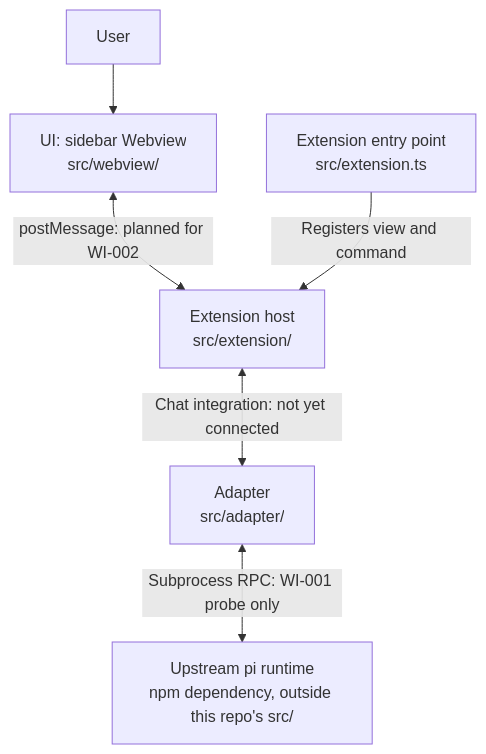
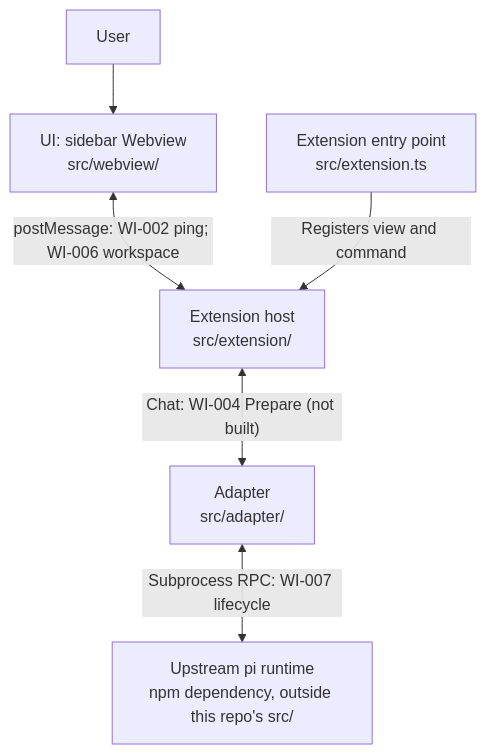
The diagram in docs/architecture/vscode-extension-architecture.md (Hex4C59/pi-vscode), drawn with Mermaid before and after one commit. The commit also changed other lines of this file and 29 other files, not shown here.

First line of the commit message:
feat(chat): deliver WI-004 minimal RPC streaming chat

````diff
--- a/docs/architecture/vscode-extension-architecture.md
+++ b/docs/architecture/vscode-extension-architecture.md
@@ -33,8 +33,8 @@
 ```mermaid
 flowchart TD
     U["User"] --> W["UI: sidebar Webview<br/>src/webview/"]
-    W <-->|"postMessage: planned for WI-002"| H["Extension host<br/>src/extension/"]
-    H <-->|"Chat integration: not yet connected"| A["Adapter<br/>src/adapter/"]
-    A <-->|"Subprocess RPC: WI-001 probe only"| P["Upstream pi runtime<br/>npm dependency, outside this repo's src/"]
+    W <-->|"postMessage: WI-002 ping; WI-006 workspace"| H["Extension host<br/>src/extension/"]
+    H <-->|"Chat: WI-004 Prepare (not built)"| A["Adapter<br/>src/adapter/"]
+    A <-->|"Subprocess RPC: WI-007 lifecycle"| P["Upstream pi runtime<br/>npm dependency, outside this repo's src/"]
     E["Extension entry point<br/>src/extension.ts"] -->|"Registers view and command"| H
 ```
````
